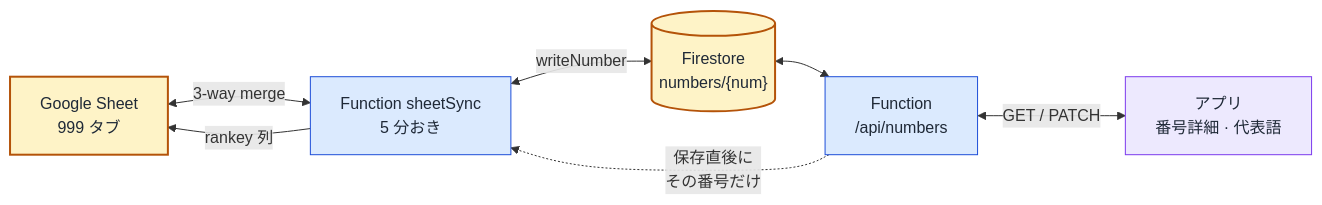
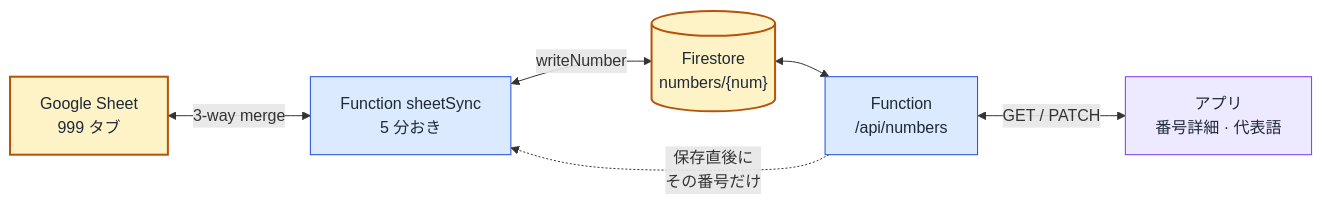
The first of 5 diagrams in docs/data-flow.md (elzup/999), drawn with Mermaid before and after one commit. The commit also changed other lines of this file and 9 other files, not shown here.

First line of the commit message:
revert: シートの rankey 列を sheetSync が書く変更 (PR #27) を取り消す

````diff
--- a/docs/data-flow.md
+++ b/docs/data-flow.md
@@ -22,22 +22,21 @@
 ```mermaid
 flowchart LR
   Sheet["Google Sheet<br/>999 タブ"]
   Sync["Function sheetSync<br/>5 分おき"]
   FS[("Firestore<br/>numbers/{num}")]
   Num["Function<br/>/api/numbers"]
   AppEdit["アプリ<br/>番号詳細 · 代表語"]
 
   Sheet <-->|"3-way merge"| Sync
-  Sync -->|"rankey 列"| Sheet
   Sync <-->|"writeNumber"| FS
   FS <--> Num
   Num <-->|"GET / PATCH"| AppEdit
   Num -.->|"保存直後に<br/>その番号だけ"| Sync
 
   classDef src fill:#fef3c7,stroke:#b45309,stroke-width:2px,color:#1f2937
   classDef out fill:#dbeafe,stroke:#1d4ed8,color:#1f2937
   classDef ui fill:#ede9fe,stroke:#7c3aed,color:#1f2937
   class Sheet,FS src
   class Sync,Num out
   class AppEdit ui
 ```
````
